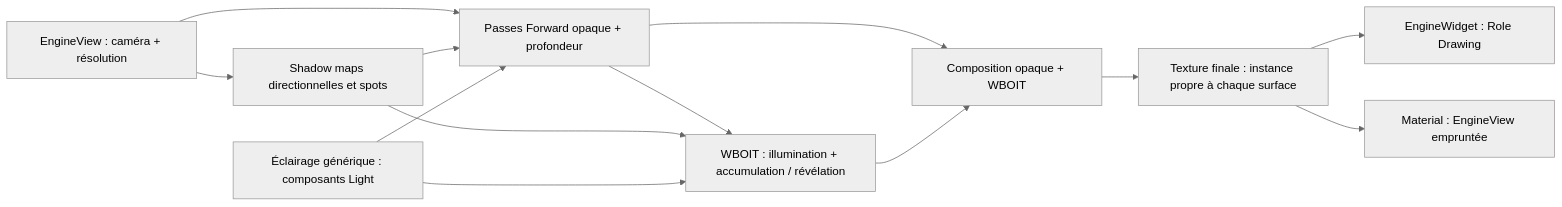
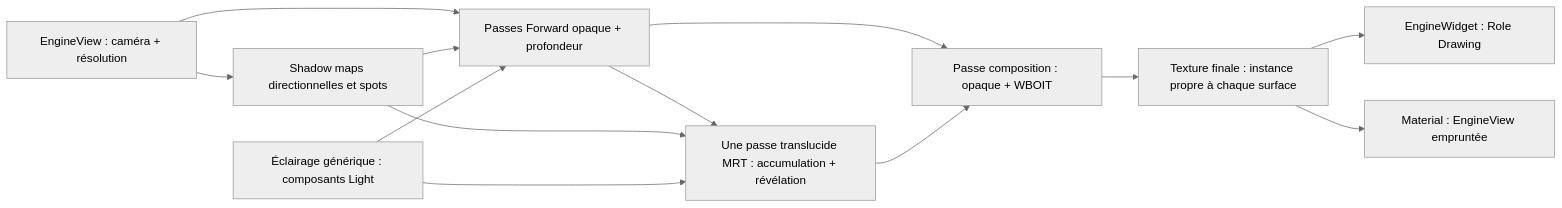
Before and after one commit to EreliaStudio/Sparkle: the tenth of 10 diagrams in docs/voxel-engine-v0.1.4-specification.md, drawn with Mermaid (neutral theme). The commit also changed other lines of this file, not shown here.

Commit message:
docs(v0.1.4): adopt single-pass WBOIT MRT with independent blending and composition

````diff
--- a/docs/voxel-engine-v0.1.4-specification.md
+++ b/docs/voxel-engine-v0.1.4-specification.md
@@ -893,15 +897,15 @@
 ```mermaid
 flowchart LR
   S["EngineView : caméra + résolution"] --> Shadow["Shadow maps directionnelles et spots"]
   S --> Opaque["Passes Forward opaque + profondeur"]
   Shadow --> Opaque
-  Opaque --> Trans["WBOIT : illumination + accumulation / révélation"]
+  Opaque --> Trans["Une passe translucide MRT : accumulation + révélation"]
   Shadow --> Trans
-  Opaque --> Compose["Composition opaque + WBOIT"]
+  Opaque --> Compose["Passe composition : opaque + WBOIT"]
   Trans --> Compose
   Compose --> Tex["Texture finale : instance propre à chaque surface"]
   Tex --> Main["EngineWidget : Role Drawing"]
   Tex --> Other["Material : EngineView empruntée"]
   L["Éclairage générique : composants Light"] --> Opaque
   L --> Trans
 ```
````
